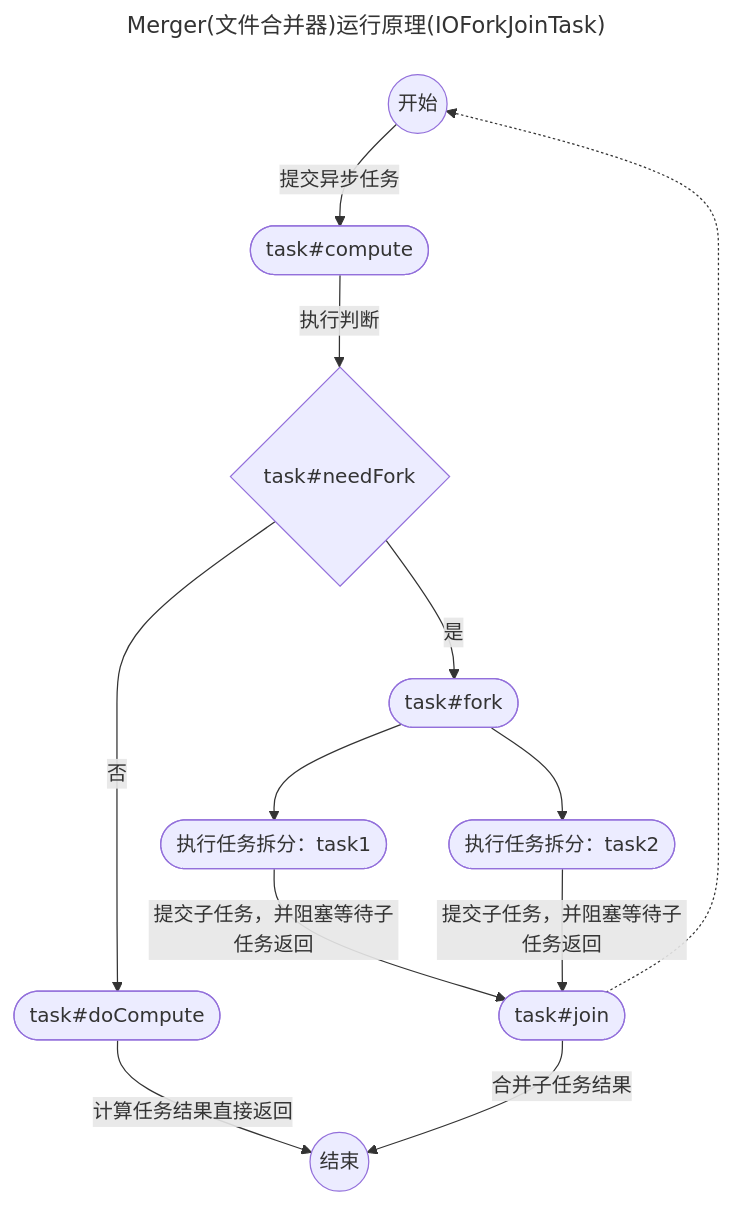
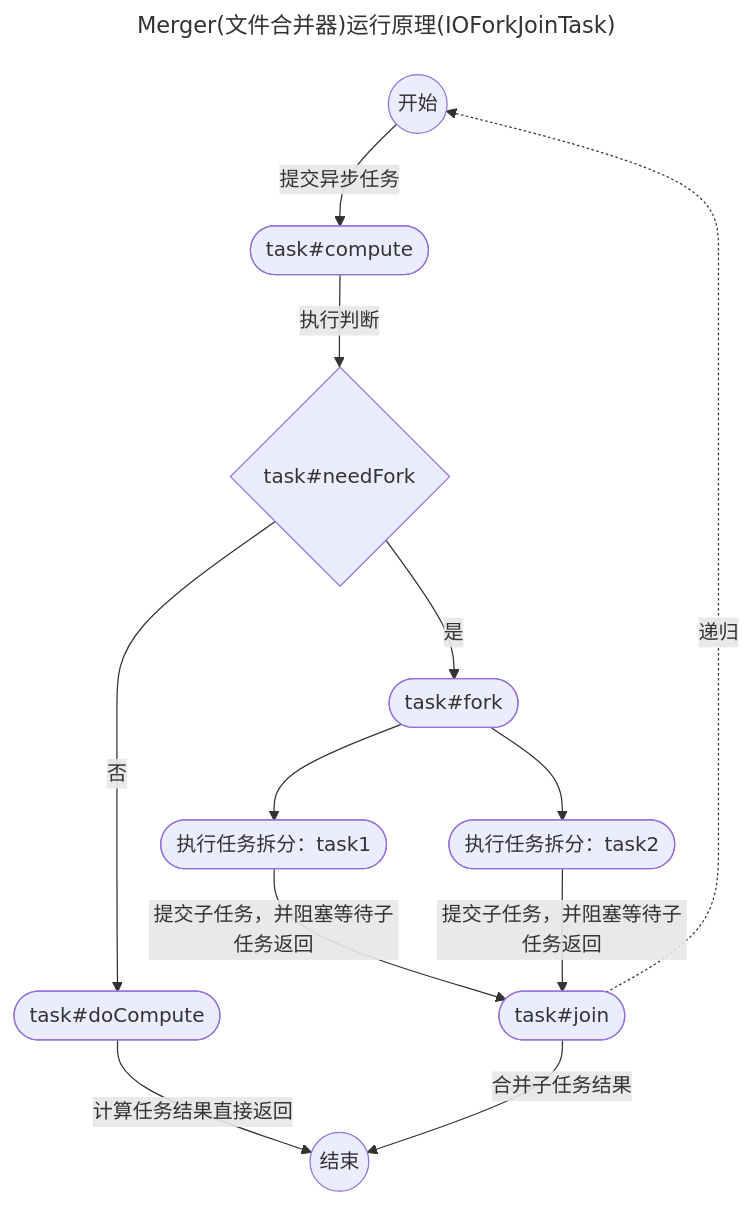
Before and after one commit to github-zailushang/shuqi-spider: the third of 3 diagrams in README.md, drawn with Mermaid. The commit also changed 1 other file, not shown here.

Commit message:
道生异（一），异生万物。（CompletableFuture.completedFuture(1)）；异花异世界，异叶异菩提。（全链路异步，even kick a dog by the roadside）

````diff
--- a/README.md
+++ b/README.md
@@ -78,27 +78,27 @@
 ```mermaid
 ---
 title: Merger(文件合并器)运行原理(IOForkJoinTask)
 ---
 flowchart TD
 	taskStart((开始))
     compute([task#compute])
     needFork{task#needFork}
     fork([task#fork])
     noFork([task#doCompute])
     join([task#join])
     task1([执行任务拆分：task1])
     task2([执行任务拆分：task2])
     taskEnd((结束))
 
     taskStart --提交异步任务--> compute
     compute --执行判断--> needFork
     needFork --是--> fork
     needFork --否--> noFork
     noFork --计算任务结果直接返回--> taskEnd
     fork --> task1
     fork --> task2
     task1 --提交子任务，并阻塞等待子任务返回--> join
     task2 --提交子任务，并阻塞等待子任务返回--> join
-    join -.-> taskStart
+    join -.递归.-> taskStart
     join --合并子任务结果--> taskEnd
 ```
````
